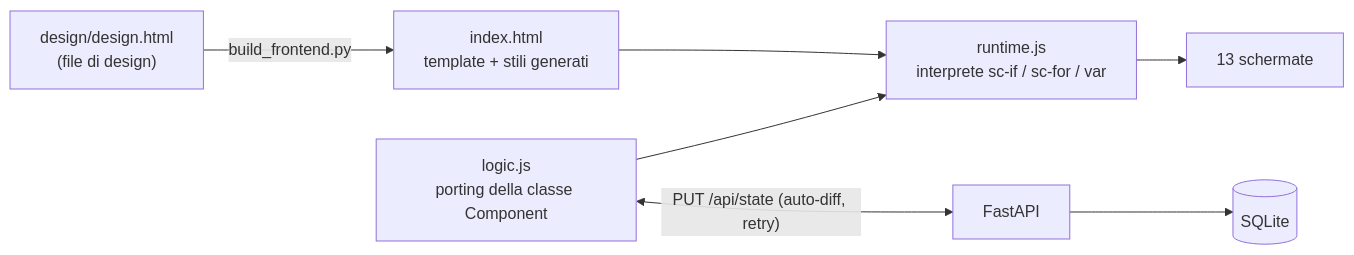
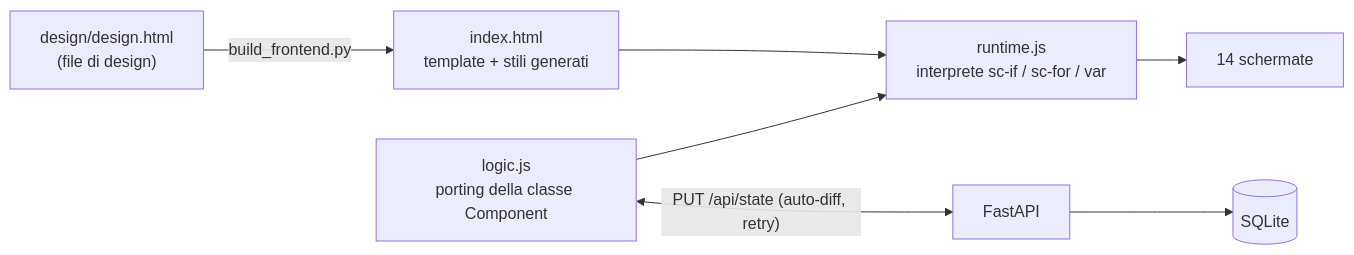
Before and after one commit to It-Energy-Ai/Logistica_Gas_Natural_Up_Stream: the diagram in README.md, drawn with Mermaid. The commit also changed other lines of this file and 22 other files, not shown here.

````diff
--- a/README.md
+++ b/README.md
@@ -46,9 +46,9 @@
 ```mermaid
 flowchart LR
     D["design/design.html<br>(file di design)"] -->|build_frontend.py| T["index.html<br>template + stili generati"]
     T --> R["runtime.js<br>interprete sc-if / sc-for / var"]
     L["logic.js<br>porting della classe Component"] --> R
-    R --> UI["13 schermate"]
+    R --> UI["14 schermate"]
     L <-->|"PUT /api/state (auto-diff, retry)"| B["FastAPI"]
     B --> DB[("SQLite")]
 ```
````
